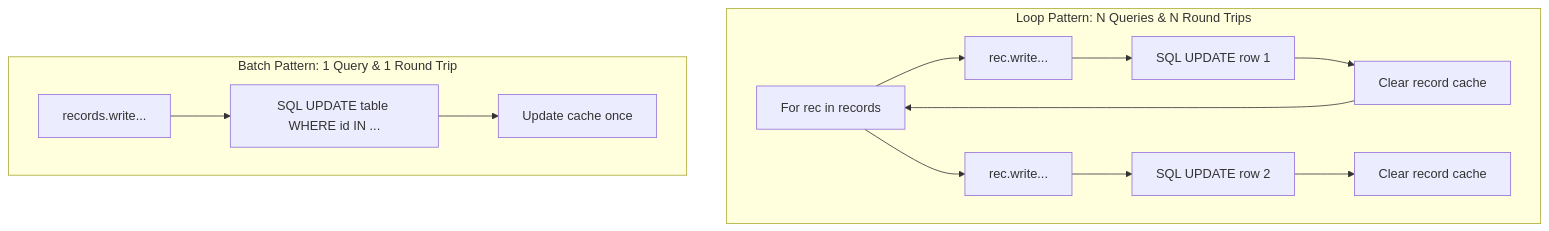
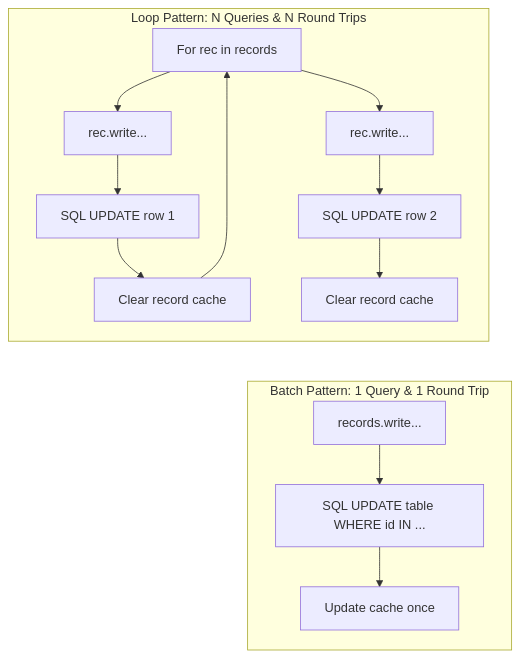
Before and after one commit to Kashyap-001/odoo19-docs: the diagram in docs/crud/batch_operations.md, drawn with Mermaid. The commit also changed 3 other files, not shown here.

Commit message:
style: stack wide parallel subgraphs vertically in database and environment diagrams

````diff
--- a/docs/crud/batch_operations.md
+++ b/docs/crud/batch_operations.md
@@ -157,17 +157,20 @@
 ```mermaid
 graph TD
     subgraph "Loop Pattern: N Queries & N Round Trips"
         Loop[For rec in records] --> W1[rec.write...]
         W1 --> SQL1[SQL UPDATE row 1]
         SQL1 --> Cache1[Clear record cache]
         Cache1 --> Loop
         Loop --> W2[rec.write...]
         W2 --> SQL2[SQL UPDATE row 2]
         SQL2 --> Cache2[Clear record cache]
     end
 
     subgraph "Batch Pattern: 1 Query & 1 Round Trip"
         Batch[records.write...] --> SQLB[SQL UPDATE table WHERE id IN ...]
         SQLB --> CacheB[Update cache once]
     end
+
+    %% Force vertical stacking of subgraphs
+    Cache2 ~~~ Batch
 ```
````
